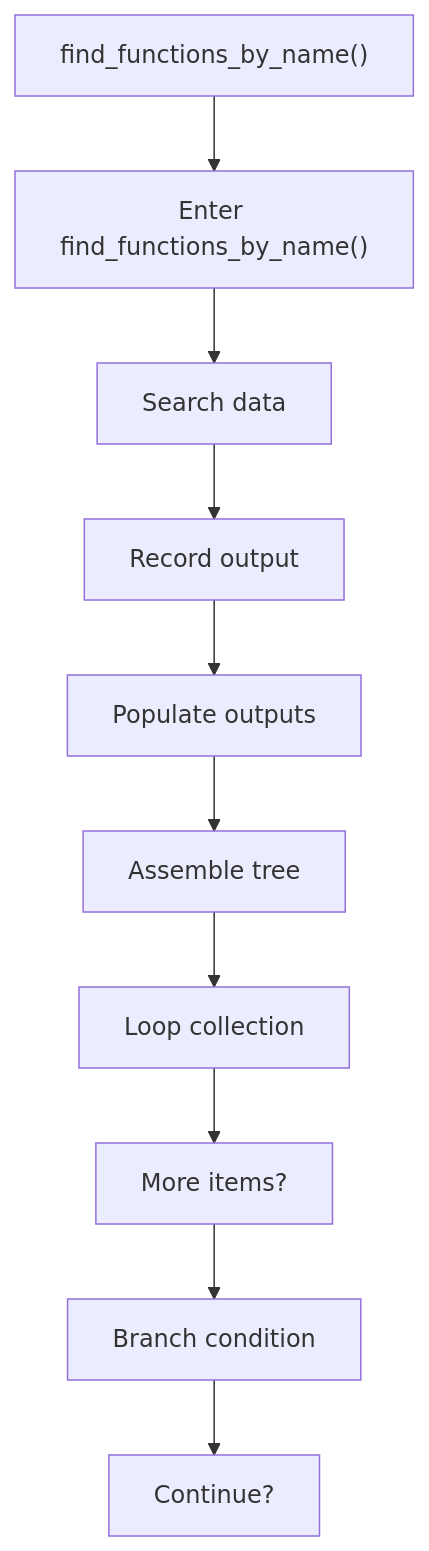
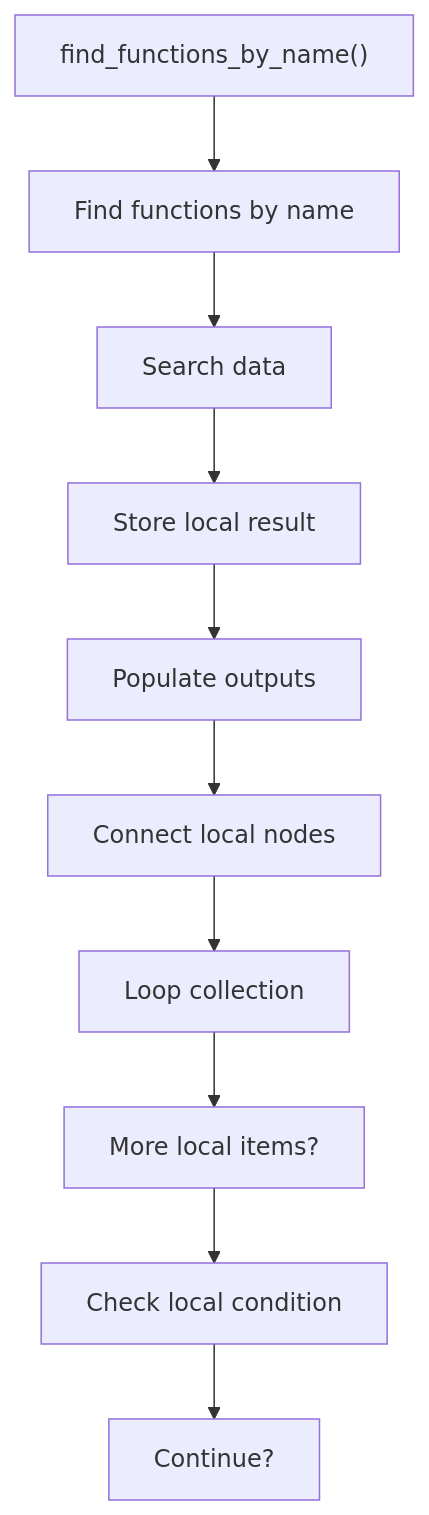
Before and after one commit to JohnAndrewBalbarosa/NeoTerritory: the first of 2 diagrams in docs/Codebase/Microservice/Modules/Source/Analysis/ImplementationUse/Resolution/Symbols/Query/Flow/functions/find_functions_by_name.cpp.md, drawn with Mermaid. The commit also changed other lines of this file and 925 other files, not shown here.

````diff
--- a/docs/Codebase/Microservice/Modules/Source/Analysis/ImplementationUse/Resolution/Symbols/Query/Flow/functions/find_functions_by_name.cpp.md
+++ b/docs/Codebase/Microservice/Modules/Source/Analysis/ImplementationUse/Resolution/Symbols/Query/Flow/functions/find_functions_by_name.cpp.md
@@ -28,22 +28,22 @@
 ```mermaid
 flowchart TD
     N0["find_functions_by_name()"]
-    N1["Enter find_functions_by_name()"]
+    N1["Find functions by name"]
     N2["Search data"]
-    N3["Record output"]
+    N3["Store local result"]
     N4["Populate outputs"]
-    N5["Assemble tree"]
+    N5["Connect local nodes"]
     N6["Loop collection"]
-    N7["More items?"]
-    N8["Branch condition"]
+    N7["More local items?"]
+    N8["Check local condition"]
     N9["Continue?"]
     N0 --> N1
     N1 --> N2
     N2 --> N3
     N3 --> N4
     N4 --> N5
     N5 --> N6
     N6 --> N7
     N7 --> N8
     N8 --> N9
 ```
````
